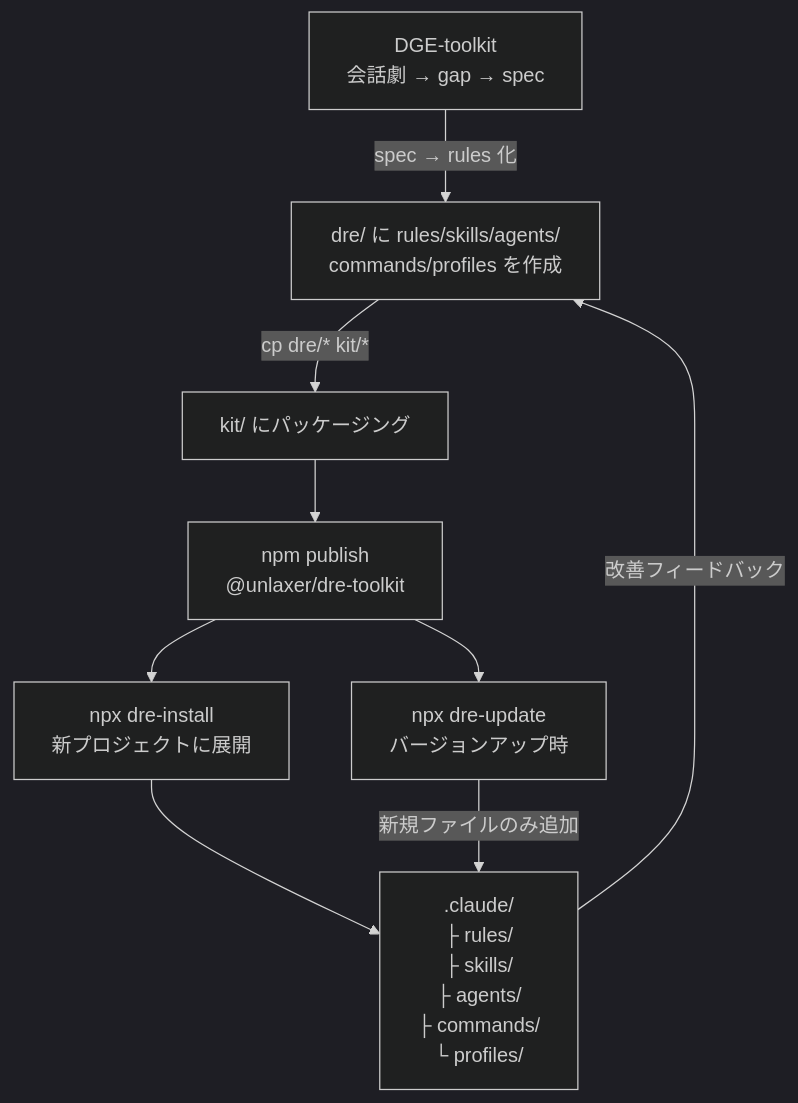
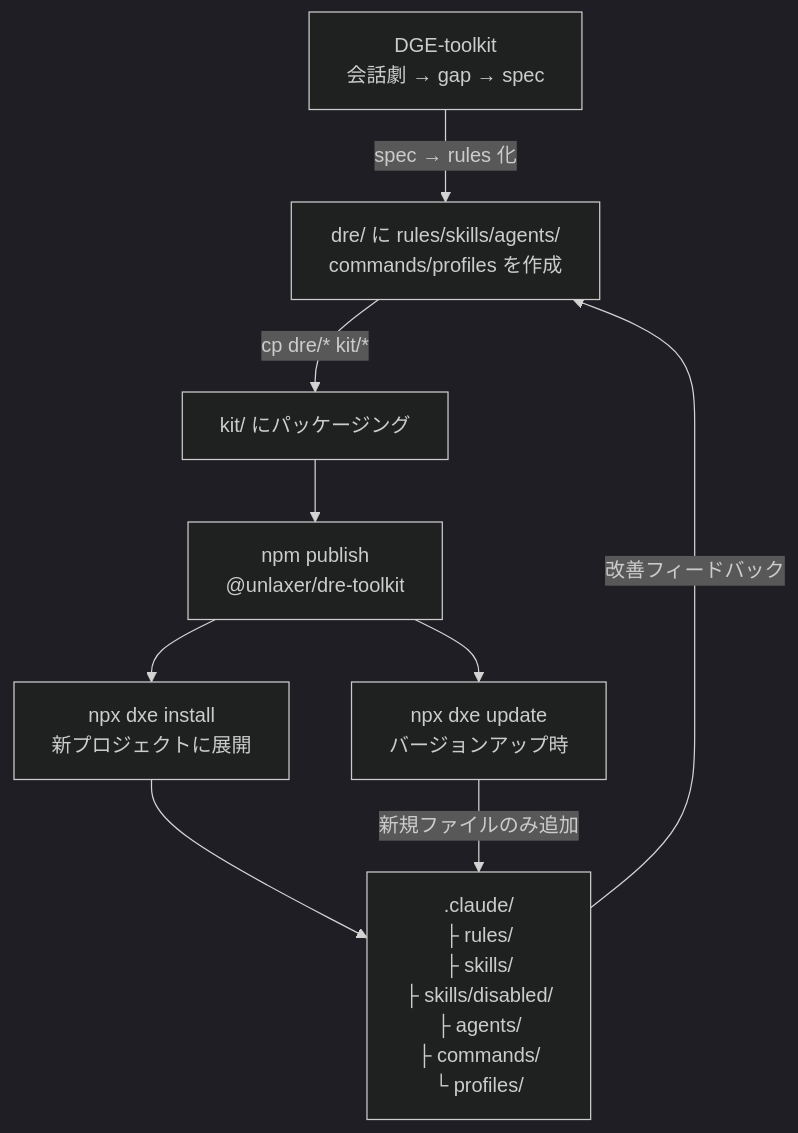
Before and after one commit to opaopa6969/DxE-suite: the first of 2 diagrams in README.md, drawn with Mermaid (dark theme). The commit also changed other lines of this file, not shown here.

````diff
--- a/README.md
+++ b/README.md
@@ -28,19 +28,19 @@
 ```mermaid
 flowchart TD
     DGE["DGE-toolkit\n会話劇 → gap → spec"]
     DRE_DEV["dre/ に rules/skills/agents/\ncommands/profiles を作成"]
     KIT["kit/ にパッケージング"]
     NPM["npm publish\n@unlaxer/dre-toolkit"]
-    INSTALL["npx dre-install\n新プロジェクトに展開"]
-    PROJECT[".claude/\n├ rules/\n├ skills/\n├ agents/\n├ commands/\n└ profiles/"]
-    UPDATE["npx dre-update\nバージョンアップ時"]
+    INSTALL["npx dxe install\n新プロジェクトに展開"]
+    PROJECT[".claude/\n├ rules/\n├ skills/\n├ skills/disabled/\n├ agents/\n├ commands/\n└ profiles/"]
+    UPDATE["npx dxe update\nバージョンアップ時"]
 
     DGE -->|spec → rules 化| DRE_DEV
     DRE_DEV -->|cp dre/* kit/*| KIT
     KIT --> NPM
     NPM --> INSTALL
     INSTALL --> PROJECT
     PROJECT -->|改善フィードバック| DRE_DEV
     NPM --> UPDATE
     UPDATE -->|新規ファイルのみ追加| PROJECT
 ```
````
